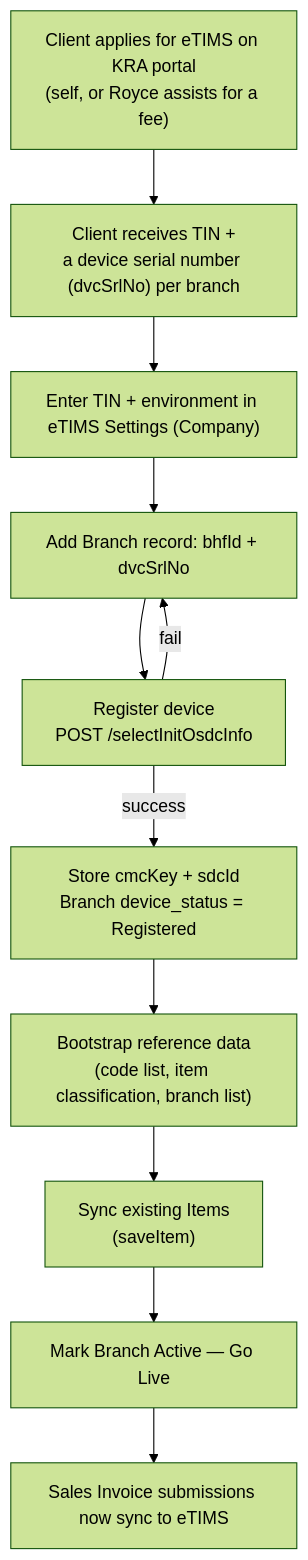
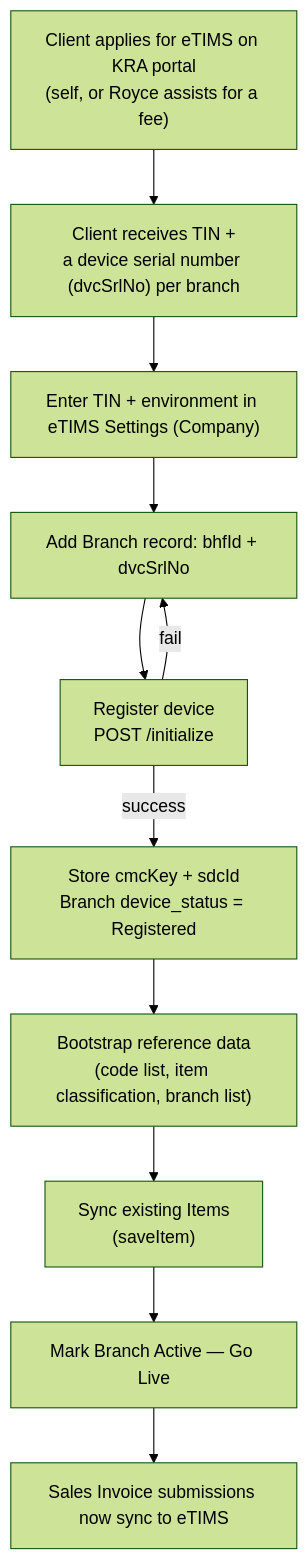
The third of 4 diagrams in docs/architecture.md (royceltd/en_royce_etims), drawn with Mermaid (forest theme) before and after one commit. The commit also changed other lines of this file and 6 other files, not shown here.

````diff
--- a/docs/architecture.md
+++ b/docs/architecture.md
@@ -221,13 +323,13 @@
 ```mermaid
 flowchart TD
     A["Client applies for eTIMS on KRA portal\n(self, or Royce assists for a fee)"] --> B["Client receives TIN +\na device serial number (dvcSrlNo) per branch"]
     B --> C["Enter TIN + environment in eTIMS Settings (Company)"]
     C --> D["Add Branch record: bhfId + dvcSrlNo"]
-    D --> E["Register device\nPOST /selectInitOsdcInfo"]
+    D --> E["Register device\nPOST /initialize"]
     E -- fail --> D
     E -- success --> F["Store cmcKey + sdcId\nBranch device_status = Registered"]
     F --> G["Bootstrap reference data\n(code list, item classification, branch list)"]
     G --> H["Sync existing Items\n(saveItem)"]
     H --> I["Mark Branch Active — Go Live"]
     I --> J["Sales Invoice submissions now sync to eTIMS"]
 ```
````
